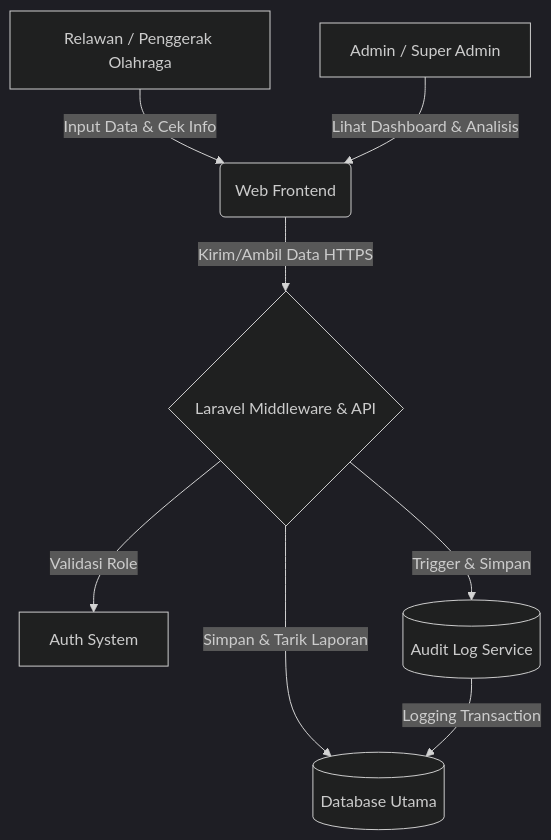
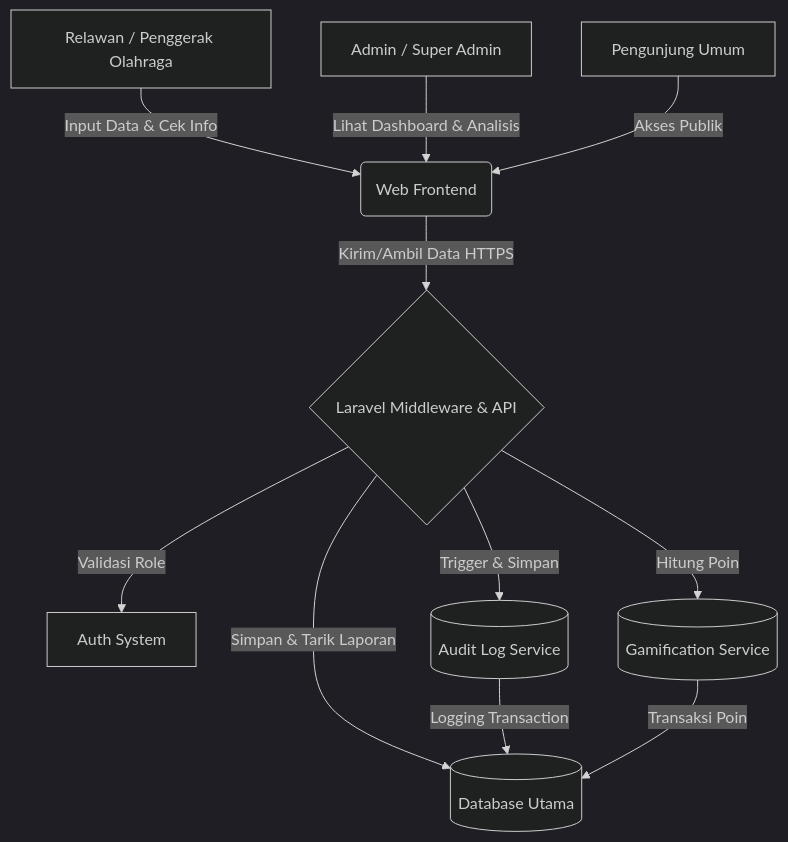
One commit to kri41/cpss changed the diagram in prd.md. Above: the diagram before and after it, drawn with Mermaid (dark theme). The commit also changed other lines of this file and 1 other file, not shown here.

````diff
--- a/prd.md
+++ b/prd.md
@@ -38,10 +76,13 @@
 ```mermaid
 flowchart TD
     A[Relawan / Penggerak Olahraga] -->|Input Data & Cek Info| C(Web Frontend)
     B[Admin / Super Admin] -->|Lihat Dashboard & Analisis| C
+    P[Pengunjung Umum] -->|Akses Publik| C
     C -->|Kirim/Ambil Data HTTPS| D{Laravel Middleware & API}
     D -->|Validasi Role| F[Auth System]
     D -->|Trigger & Simpan| G[(Audit Log Service)]
+    D -->|Hitung Poin| H[(Gamification Service)]
     D -->|Simpan & Tarik Laporan| E[(Database Utama)]
     G -->|Logging Transaction| E
+    H -->|Transaksi Poin| E
 ```
````
